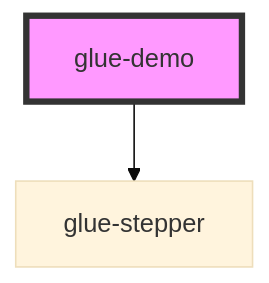
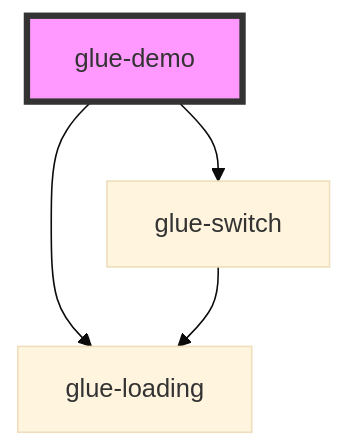
One commit to grasilife/glue changed the diagram in packages/glue-components/src/components/glue-demo/readme.md. Above: the diagram before and after it, drawn with Mermaid (base theme). The commit also changed other lines of this file and 24 other files, not shown here.

````diff
--- a/packages/glue-components/src/components/glue-demo/readme.md
+++ b/packages/glue-components/src/components/glue-demo/readme.md
@@ -15,5 +16,7 @@
 ```mermaid
 graph TD;
-  glue-demo --> glue-stepper
+  glue-demo --> glue-switch
+  glue-demo --> glue-loading
+  glue-switch --> glue-loading
   style glue-demo fill:#f9f,stroke:#333,stroke-width:4px
 ```
````
